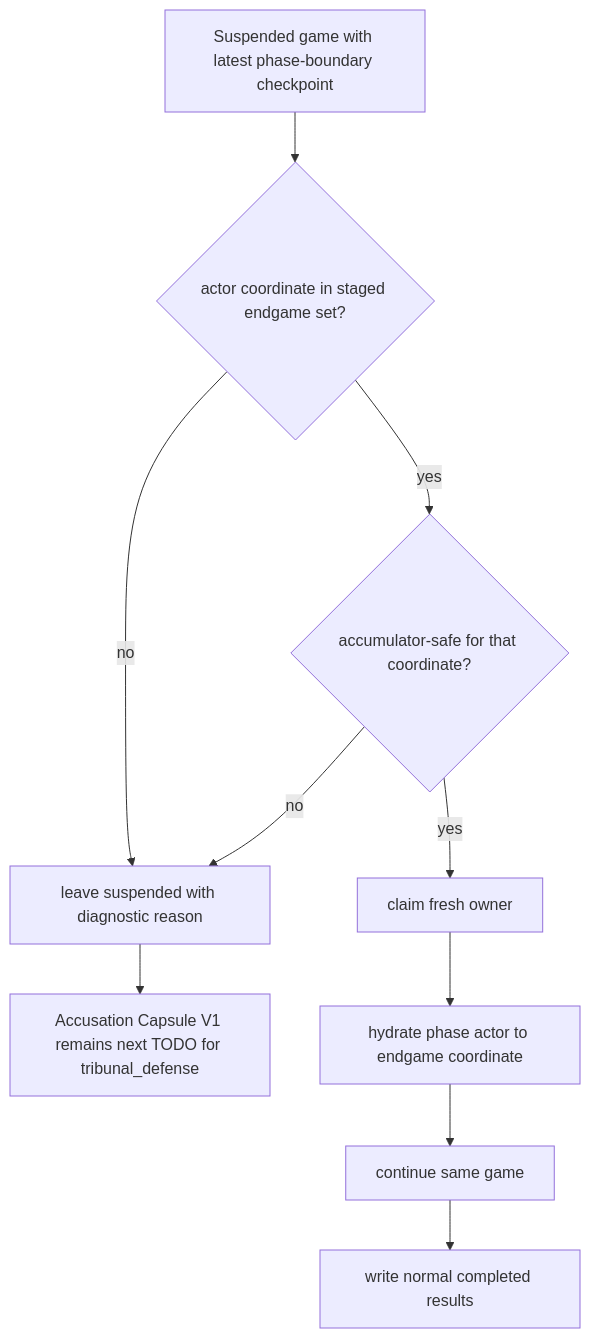
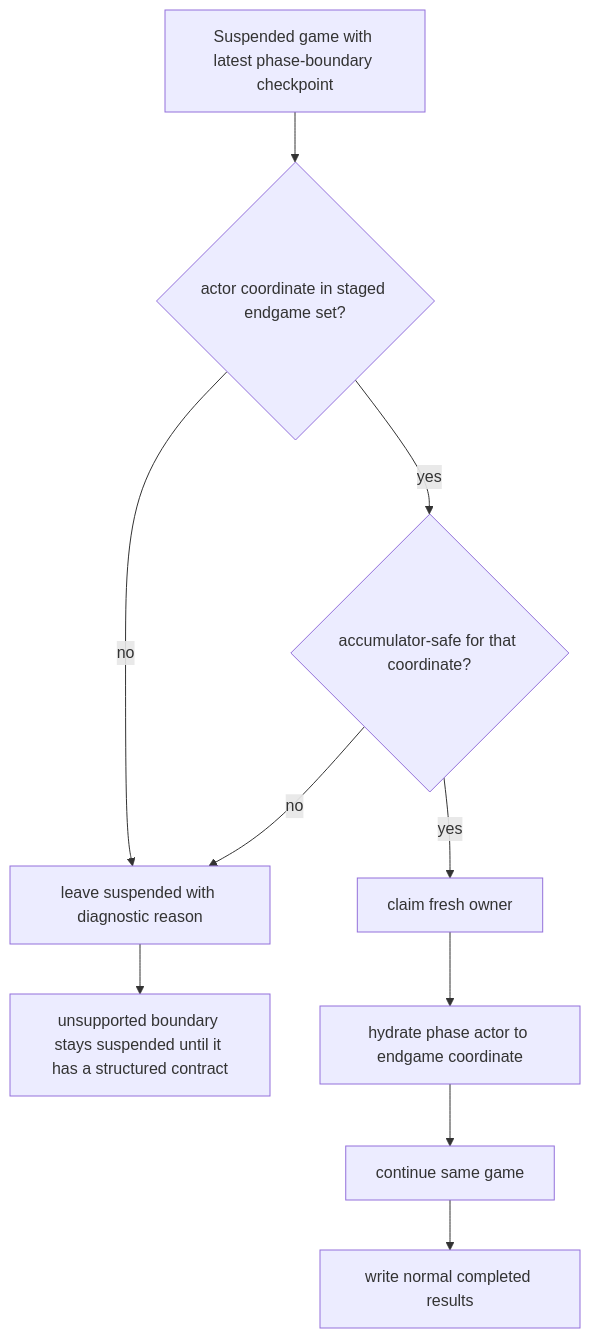
The first of 3 diagrams in docs/plans/2026-06-30-002-feat-endgame-phase-boundary-recovery-plan.md (0xFlicker/influence-game), drawn with Mermaid before and after one commit. The commit also changed other lines of this file and 18 other files, not shown here.

````diff
--- a/docs/plans/2026-06-30-002-feat-endgame-phase-boundary-recovery-plan.md
+++ b/docs/plans/2026-06-30-002-feat-endgame-phase-boundary-recovery-plan.md
@@ -63,12 +63,12 @@
 ```mermaid
 flowchart TB
   A["Suspended game with latest phase-boundary checkpoint"] --> B{"actor coordinate in staged endgame set?"}
   B -->|no| C["leave suspended with diagnostic reason"]
   B -->|yes| D{"accumulator-safe for that coordinate?"}
   D -->|no| C
   D -->|yes| E["claim fresh owner"]
   E --> F["hydrate phase actor to endgame coordinate"]
   F --> G["continue same game"]
   G --> H["write normal completed results"]
-  C --> I["Accusation Capsule V1 remains next TODO for tribunal_defense"]
+  C --> I["unsupported boundary stays suspended until it has a structured contract"]
 ```
````
